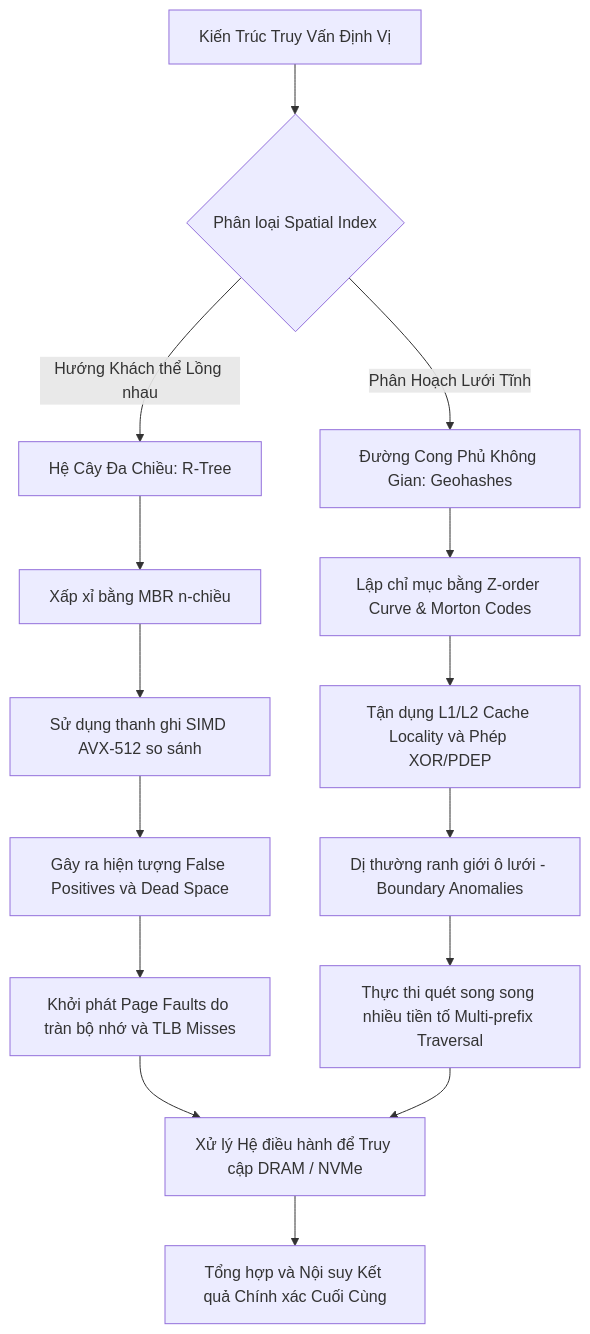
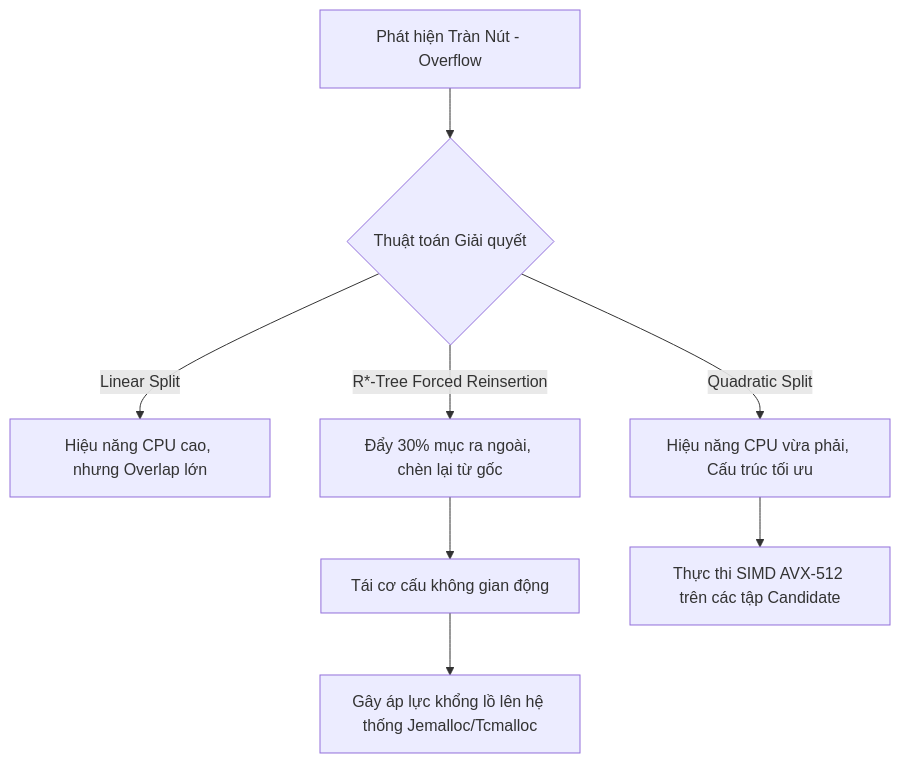
Before and after one commit to caubebinhan/landingpage: the diagram in blogs/part-3/19-rtrees-and-geohashes.md, drawn with Mermaid. The commit also changed other lines of this file and 6563 other files, not shown here.

````diff
--- a/blogs/part-3/19-rtrees-and-geohashes.md
+++ b/blogs/part-3/19-rtrees-and-geohashes.md
@@ -11,17 +51,10 @@
 ```mermaid
 graph TD
-    A[Kiến Trúc Truy Vấn Định Vị] --> B{Phân loại Spatial Index}
-    B -->|Hướng Khách thể Lồng nhau| C[Hệ Cây Đa Chiều: R-Tree]
-    B -->|Phân Hoạch Lưới Tĩnh| D[Đường Cong Phủ Không Gian: Geohashes]
-    C --> E[Xấp xỉ bằng MBR n-chiều]
-    D --> F[Lập chỉ mục bằng Z-order Curve & Morton Codes]
-    E --> G[Sử dụng thanh ghi SIMD AVX-512 so sánh]
-    F --> H[Tận dụng L1/L2 Cache Locality và Phép XOR/PDEP]
-    G --> I[Gây ra hiện tượng False Positives và Dead Space]
-    H --> J[Dị thường ranh giới ô lưới - Boundary Anomalies]
-    I --> K[Khởi phát Page Faults do tràn bộ nhớ và TLB Misses]
-    J --> L[Thực thi quét song song nhiều tiền tố Multi-prefix Traversal]
-    K --> M[Xử lý Hệ điều hành để Truy cập DRAM / NVMe]
-    L --> M
-    M --> N[Tổng hợp và Nội suy Kết quả Chính xác Cuối Cùng]
+    A[Phát hiện Tràn Nút - Overflow] --> B{Thuật toán Giải quyết}
+    B -->|Linear Split| C[Hiệu năng CPU cao, nhưng Overlap lớn]
+    B -->|Quadratic Split| D[Hiệu năng CPU vừa phải, Cấu trúc tối ưu]
+    B -->|R*-Tree Forced Reinsertion| E[Đẩy 30% mục ra ngoài, chèn lại từ gốc]
+    E --> F[Tái cơ cấu không gian động]
+    F --> G[Gây áp lực khổng lồ lên hệ thống Jemalloc/Tcmalloc]
+    D --> H[Thực thi SIMD AVX-512 trên các tập Candidate]
 ```
````
